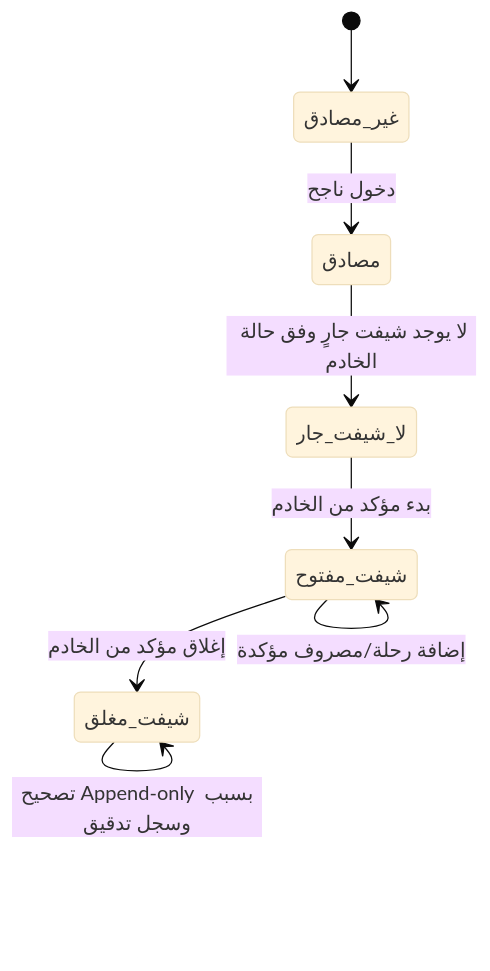
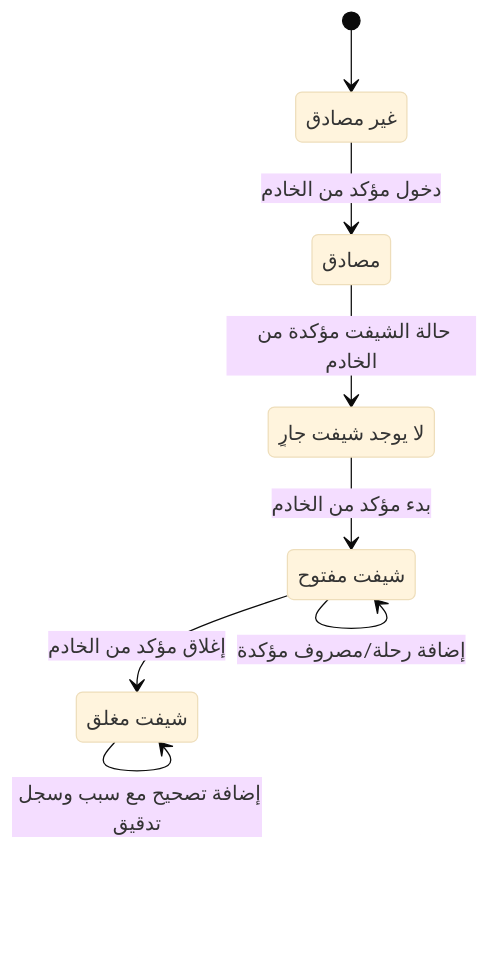
Before and after one commit to mosabosama2030-oss/Fleet-commander-: the second of 2 diagrams in docs/agents/CAPTAIN_WORKFLOW_GAP_REPORT_AR.md, drawn with Mermaid (base theme). The commit also changed other lines of this file, not shown here.

Commit message:
docs: refine captain journey diagrams

````diff
--- a/docs/agents/CAPTAIN_WORKFLOW_GAP_REPORT_AR.md
+++ b/docs/agents/CAPTAIN_WORKFLOW_GAP_REPORT_AR.md
@@ -97,10 +95,15 @@
 ```mermaid
 stateDiagram-v2
-    [*] --> غير_مصادق
-    غير_مصادق --> مصادق: دخول ناجح
-    مصادق --> لا_شيفت_جار: لا يوجد شيفت جارٍ وفق حالة الخادم
-    لا_شيفت_جار --> شيفت_مفتوح: بدء مؤكد من الخادم
-    شيفت_مفتوح --> شيفت_مغلق: إغلاق مؤكد من الخادم
-    شيفت_مغلق --> شيفت_مغلق: تصحيح Append-only بسبب وسجل تدقيق
-    شيفت_مفتوح --> شيفت_مفتوح: إضافة رحلة/مصروف مؤكدة
+    state "غير مصادق" as Unauthenticated
+    state "مصادق" as Authenticated
+    state "لا يوجد شيفت جارٍ" as NoActiveShift
+    state "شيفت مفتوح" as OpenShift
+    state "شيفت مغلق" as ClosedShift
+    [*] --> Unauthenticated
+    Unauthenticated --> Authenticated: دخول مؤكد من الخادم
+    Authenticated --> NoActiveShift: حالة الشيفت مؤكدة من الخادم
+    NoActiveShift --> OpenShift: بدء مؤكد من الخادم
+    OpenShift --> ClosedShift: إغلاق مؤكد من الخادم
+    ClosedShift --> ClosedShift: إضافة تصحيح مع سبب وسجل تدقيق
+    OpenShift --> OpenShift: إضافة رحلة/مصروف مؤكدة
 ```
````
